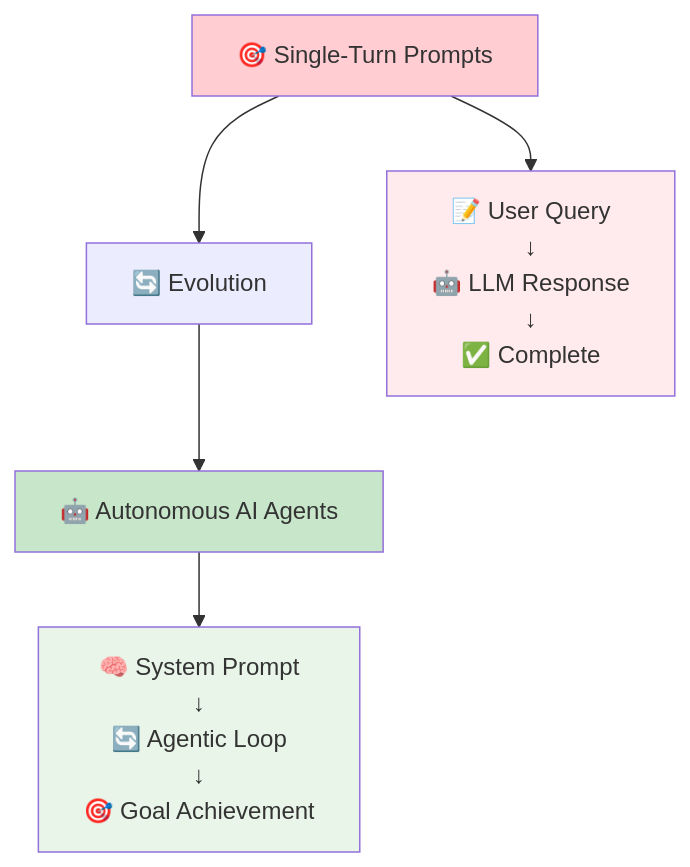
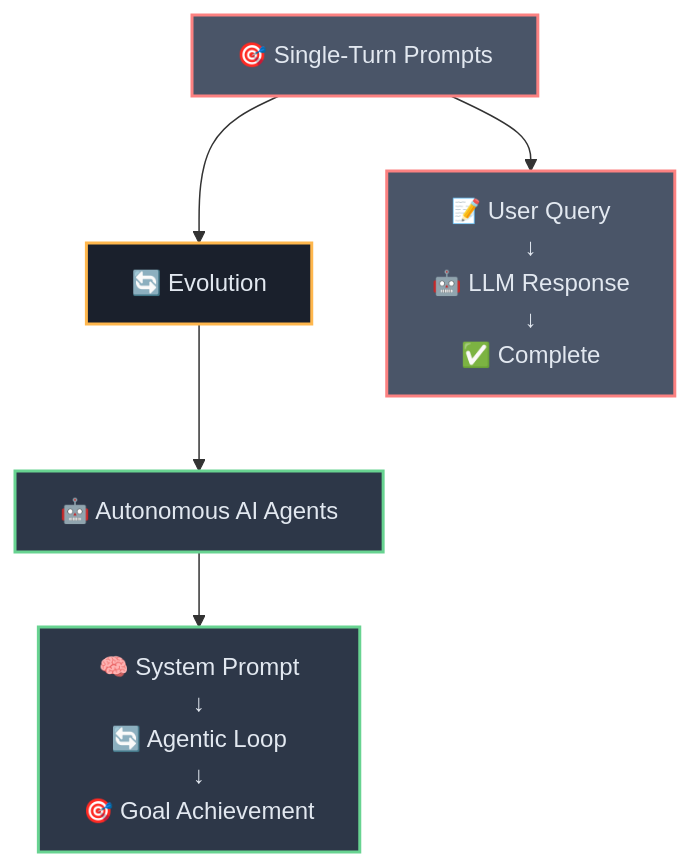
Before and after one commit to josemlopez/prompt_tutorial: the first of 6 diagrams in Part_II_Section_4_From_Instruction_to_Autonomous_System.md, drawn with Mermaid. The commit also changed other lines of this file and 7 other files, not shown here.

````diff
--- a/Part_II_Section_4_From_Instruction_to_Autonomous_System.md
+++ b/Part_II_Section_4_From_Instruction_to_Autonomous_System.md
@@ -5,14 +5,15 @@
 ```mermaid
 graph TB
-    A[🎯 Single-Turn Prompts] --> B[🔄 Evolution]
-    B --> C[🤖 Autonomous AI Agents]
-    
-    A --> D[📝 User Query<br/>↓<br/>🤖 LLM Response<br/>↓<br/>✅ Complete]
-    
-    C --> E[🧠 System Prompt<br/>↓<br/>🔄 Agentic Loop<br/>↓<br/>🎯 Goal Achievement]
-    
-    style A fill:#ffcdd2
-    style C fill:#c8e6c9
-    style D fill:#ffebee
-    style E fill:#e8f5e8
+   A[🎯 Single-Turn Prompts] --> B[🔄 Evolution]
+   B --> C[🤖 Autonomous AI Agents]
+   
+   A --> D[📝 User Query<br/>↓<br/>🤖 LLM Response<br/>↓<br/>✅ Complete]
+   
+   C --> E[🧠 System Prompt<br/>↓<br/>🔄 Agentic Loop<br/>↓<br/>🎯 Goal Achievement]
+   
+   style A fill:#4a5568,stroke:#fc8181,stroke-width:2px,color:#e2e8f0
+   style C fill:#2d3748,stroke:#68d391,stroke-width:2px,color:#e2e8f0
+   style B fill:#1a202c,stroke:#ffb74d,stroke-width:2px,color:#e2e8f0
+   style D fill:#4a5568,stroke:#fc8181,stroke-width:2px,color:#e2e8f0
+   style E fill:#2d3748,stroke:#68d391,stroke-width:2px,color:#e2e8f0
 ```
````
